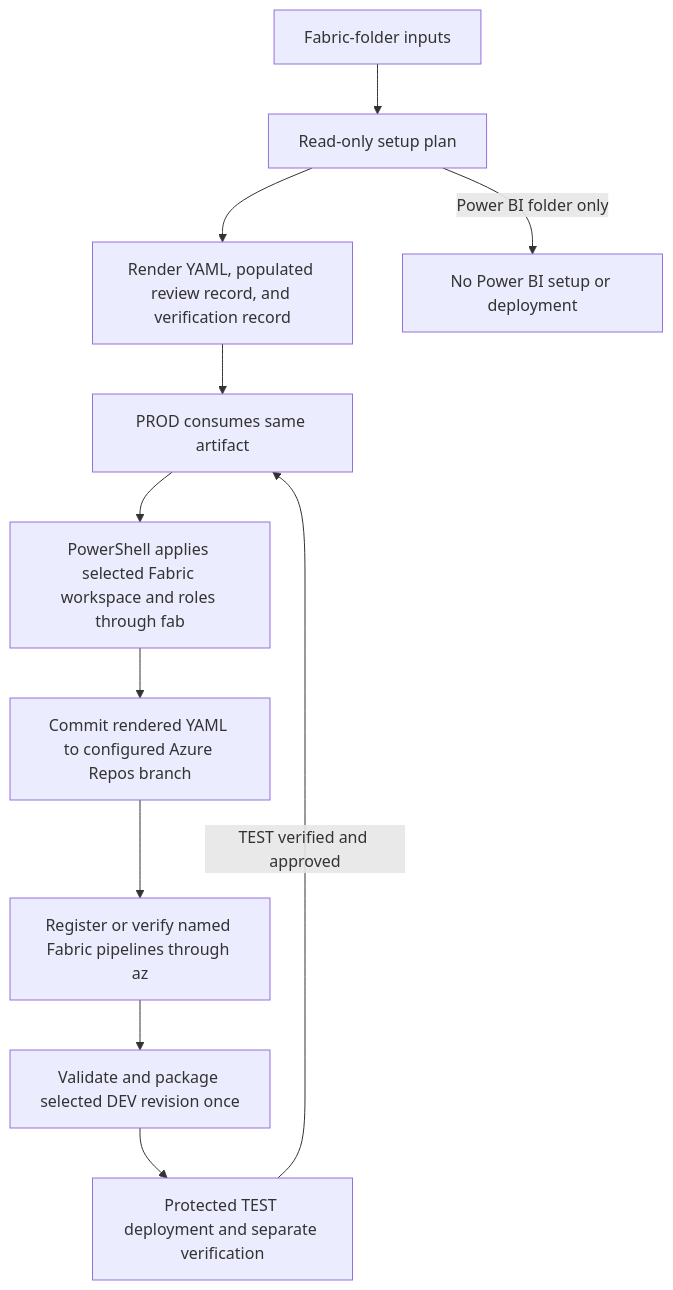
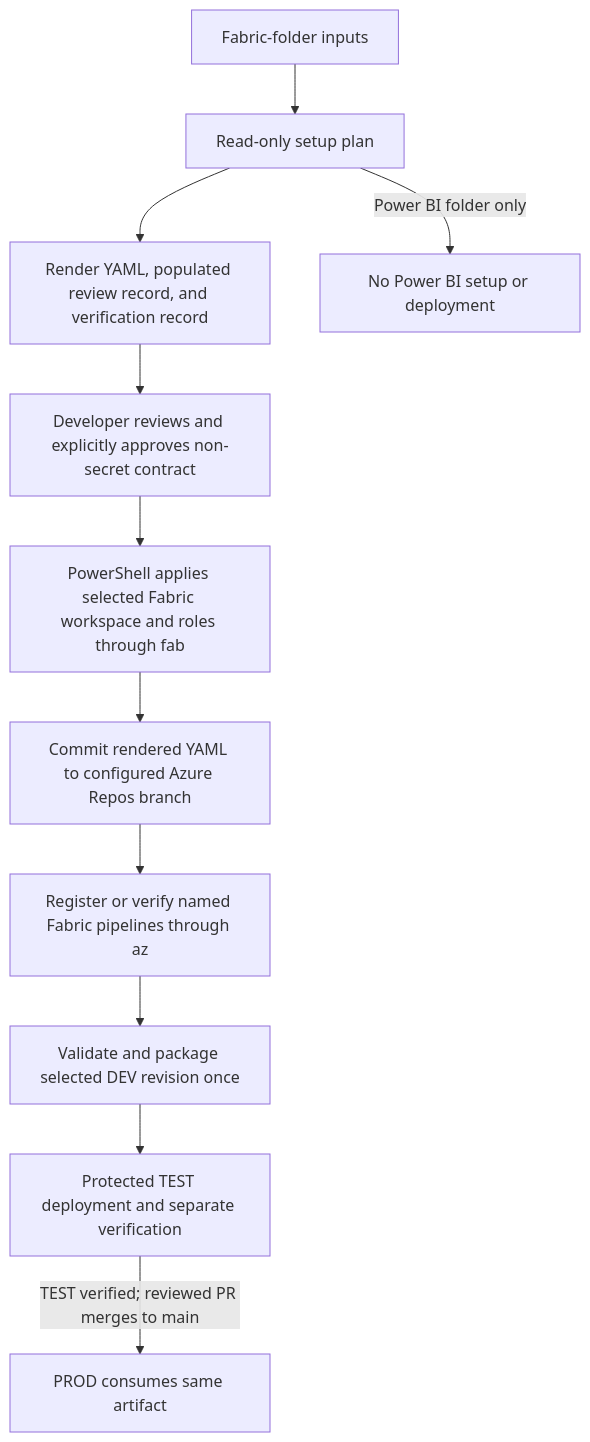
Before and after one commit to YuriChadour/powerbi-agentic-plugins: the diagram in openspec/changes/fin-2060-reference-fabric-bootstrap/design.md, drawn with Mermaid. The commit also changed other lines of this file and 6 other files, not shown here.

````diff
--- a/openspec/changes/fin-2060-reference-fabric-bootstrap/design.md
+++ b/openspec/changes/fin-2060-reference-fabric-bootstrap/design.md
@@ -7,13 +7,13 @@
 ```mermaid
 flowchart TD
     A[Fabric-folder inputs] --> P[Read-only setup plan]
     P --> C[Render YAML, populated review record, and verification record]
     C --> R[Developer reviews and explicitly approves non-secret contract]
     R --> B[PowerShell applies selected Fabric workspace and roles through fab]
     B --> G[Commit rendered YAML to configured Azure Repos branch]
     G --> Z[Register or verify named Fabric pipelines through az]
     Z --> T[Validate and package selected DEV revision once]
     T --> U[Protected TEST deployment and separate verification]
-    U -->|TEST verified and approved| R[PROD consumes same artifact]
+    U -->|TEST verified; reviewed PR merges to main| PR[PROD consumes same artifact]
     P -->|Power BI folder only| X[No Power BI setup or deployment]
 ```
````
